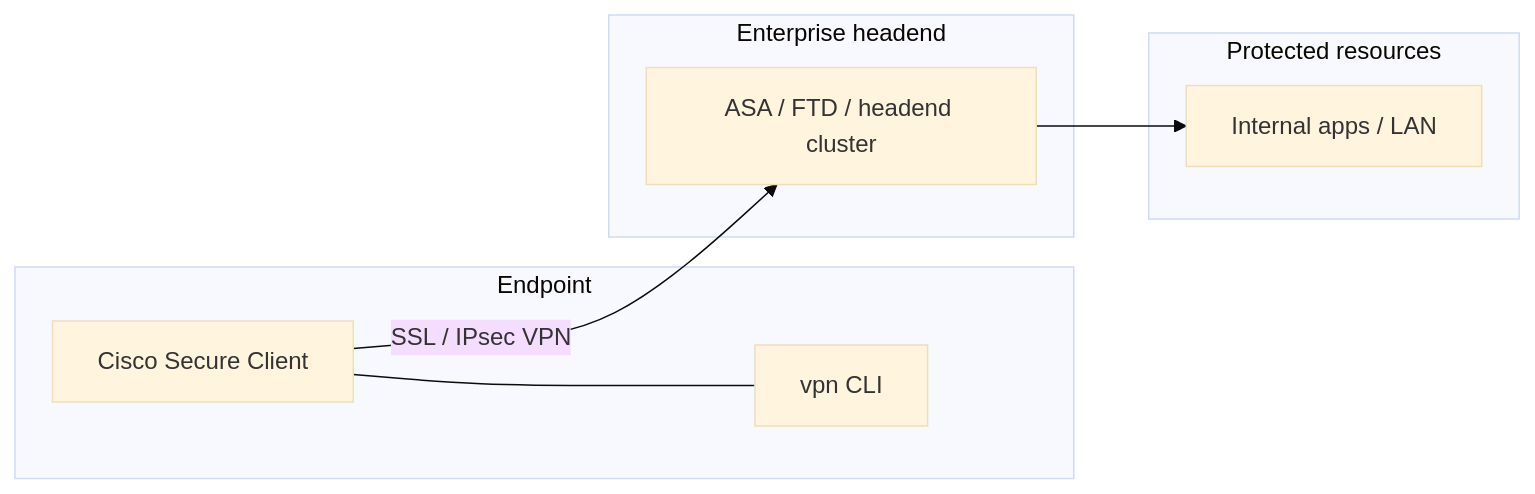
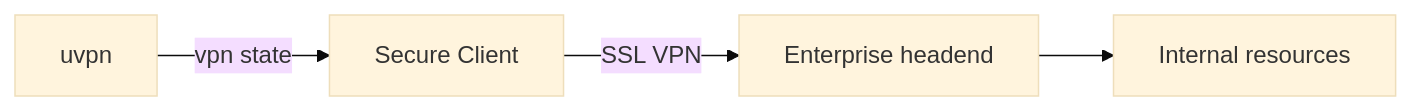
The first of 4 diagrams in docs/vpn-solutions/cisco-anyconnect.md (roto31/Tunnel-Monitor---Universal), drawn with Mermaid (base theme) before and after one commit. The commit also changed other lines of this file and 22 other files, not shown here.

````diff
--- a/docs/vpn-solutions/cisco-anyconnect.md
+++ b/docs/vpn-solutions/cisco-anyconnect.md
@@ -25,16 +24,6 @@
 ```mermaid
 flowchart LR
-    subgraph endpoint [Endpoint]
-        SC[Cisco Secure Client]
-        VPN[vpn CLI]
-        SC --- VPN
-    end
-    subgraph headend [Enterprise headend]
-        FTD[ASA / FTD / headend cluster]
-    end
-    subgraph resources [Protected resources]
-        APP[Internal apps / LAN]
-    end
-    SC -->|SSL / IPsec VPN| FTD
-    FTD --> APP
+    SC[Secure Client] -->|SSL VPN| HEAD[Enterprise headend]
+    HEAD --> APP[Internal resources]
+    uvpn -->|vpn state| SC
 ```
````
